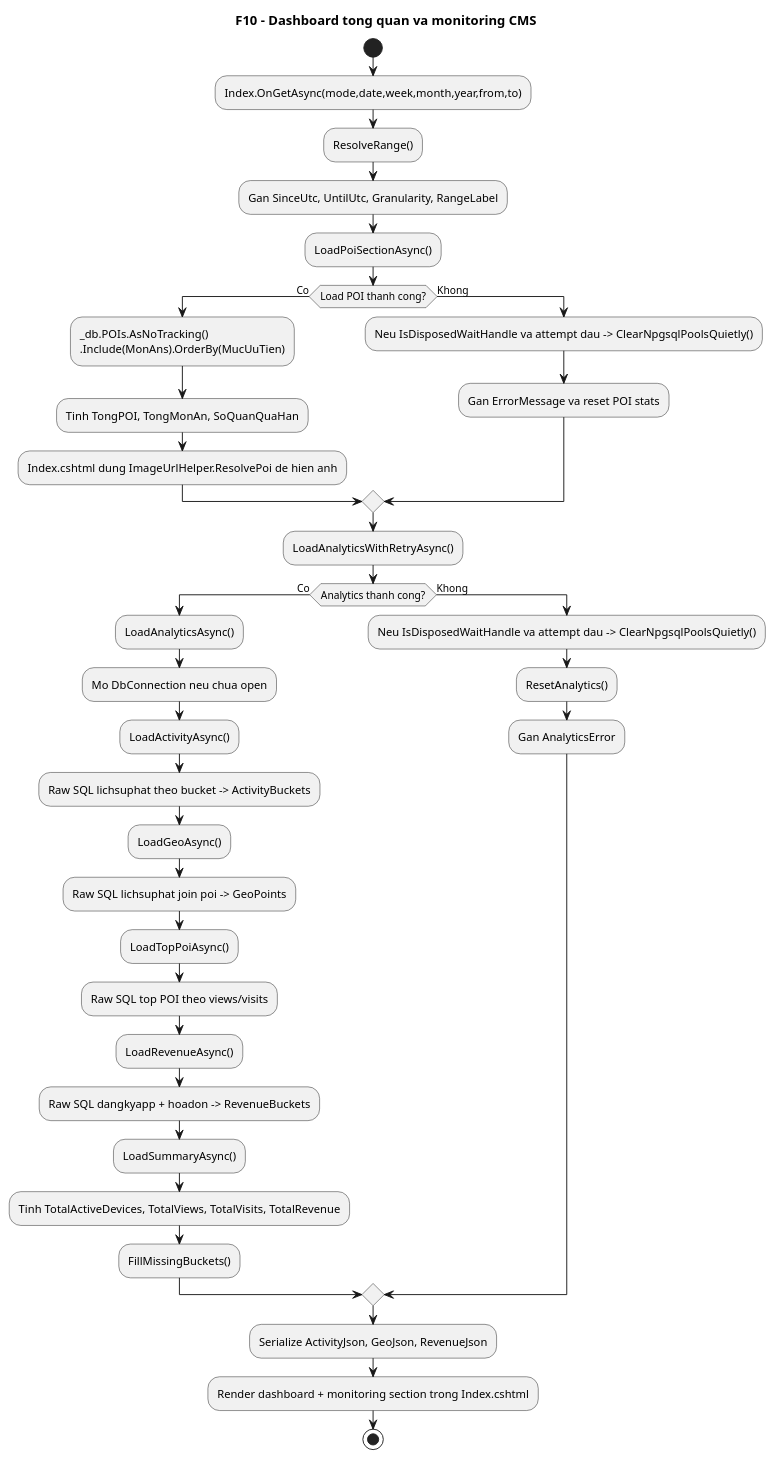
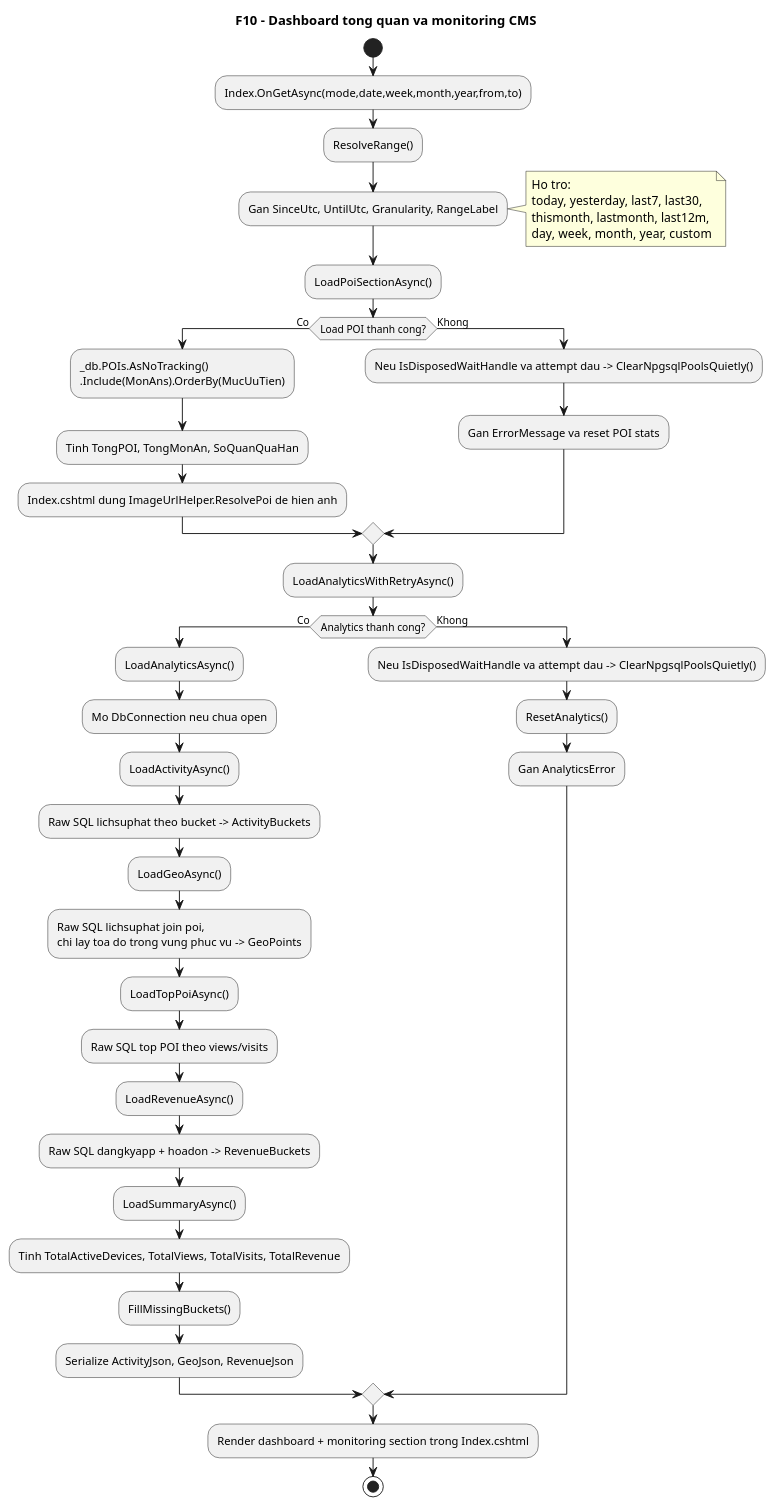
Before and after one commit to VoBao182/PhoAmThuc: the diagram in docs/diagrams/10-dashboard-activity.puml, drawn with PlantUML. The commit also changed 11 other files, not shown here.

```diff
--- a/docs/diagrams/10-dashboard-activity.puml
+++ b/docs/diagrams/10-dashboard-activity.puml
@@ -1,50 +1,56 @@
 @startuml
 ' Diagram: F10 - Dashboard tong quan va monitoring CMS (Activity)
 ' Status: VERIFIED
 ' Baseline: branch master, current worktree @ HEAD 3158ff7
 ' Source:
 ' - VinhKhanhTour.CMS/Pages/Index.cshtml.cs: OnGetAsync(), ResolveRange(), LoadPoiSectionAsync(), LoadAnalyticsWithRetryAsync(), LoadAnalyticsAsync(), LoadActivityAsync(), LoadGeoAsync(), LoadTopPoiAsync(), LoadRevenueAsync(), LoadSummaryAsync(), FillMissingBuckets()
 ' - VinhKhanhTour.CMS/Pages/Index.cshtml
 ' - VinhKhanhTour.CMS/Utils/ImageUrlHelper.cs: ResolvePoi()
-' Note: Dashboard monitoring/analytics, range resolver, retry ClearNpgsqlPoolsQuietly, va raw Npgsql queries da khop code hien tai.
+' Note: So do chi tiet hoa 11 che do range, 2 pha tai du lieu POI/analytics, retry ClearNpgsqlPoolsQuietly, va 5 nhom truy van raw Npgsql.
 title F10 - Dashboard tong quan va monitoring CMS
 start
 :Index.OnGetAsync(mode,date,week,month,year,from,to);
 :ResolveRange();
 :Gan SinceUtc, UntilUtc, Granularity, RangeLabel;
+note right
+  Ho tro:
+  today, yesterday, last7, last30,
+  thismonth, lastmonth, last12m,
+  day, week, month, year, custom
+end note
 
 :LoadPoiSectionAsync();
 if (Load POI thanh cong?) then (Co)
   :_db.POIs.AsNoTracking()\n.Include(MonAns).OrderBy(MucUuTien);
   :Tinh TongPOI, TongMonAn, SoQuanQuaHan;
   :Index.cshtml dung ImageUrlHelper.ResolvePoi de hien anh;
 else (Khong)
   :Neu IsDisposedWaitHandle va attempt dau -> ClearNpgsqlPoolsQuietly();
   :Gan ErrorMessage va reset POI stats;
 endif
 
 :LoadAnalyticsWithRetryAsync();
 if (Analytics thanh cong?) then (Co)
   :LoadAnalyticsAsync();
   :Mo DbConnection neu chua open;
   :LoadActivityAsync();
   :Raw SQL lichsuphat theo bucket -> ActivityBuckets;
   :LoadGeoAsync();
-  :Raw SQL lichsuphat join poi -> GeoPoints;
+  :Raw SQL lichsuphat join poi,\nchi lay toa do trong vung phuc vu -> GeoPoints;
   :LoadTopPoiAsync();
   :Raw SQL top POI theo views/visits;
   :LoadRevenueAsync();
   :Raw SQL dangkyapp + hoadon -> RevenueBuckets;
   :LoadSummaryAsync();
   :Tinh TotalActiveDevices, TotalViews, TotalVisits, TotalRevenue;
   :FillMissingBuckets();
+  :Serialize ActivityJson, GeoJson, RevenueJson;
 else (Khong)
   :Neu IsDisposedWaitHandle va attempt dau -> ClearNpgsqlPoolsQuietly();
   :ResetAnalytics();
   :Gan AnalyticsError;
 endif
 
-:Serialize ActivityJson, GeoJson, RevenueJson;
 :Render dashboard + monitoring section trong Index.cshtml;
 stop
 @enduml
```
